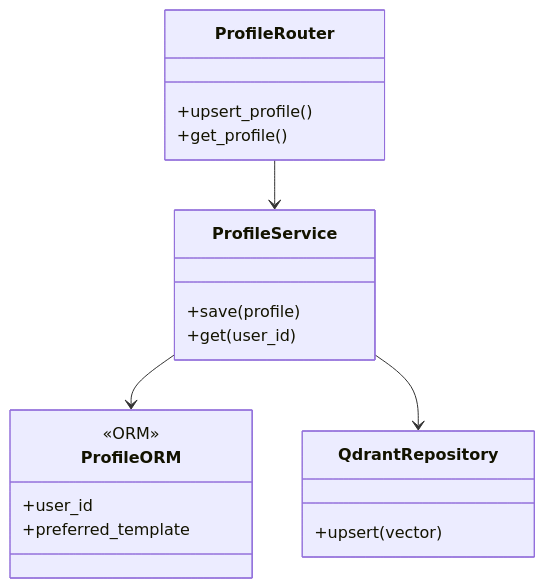
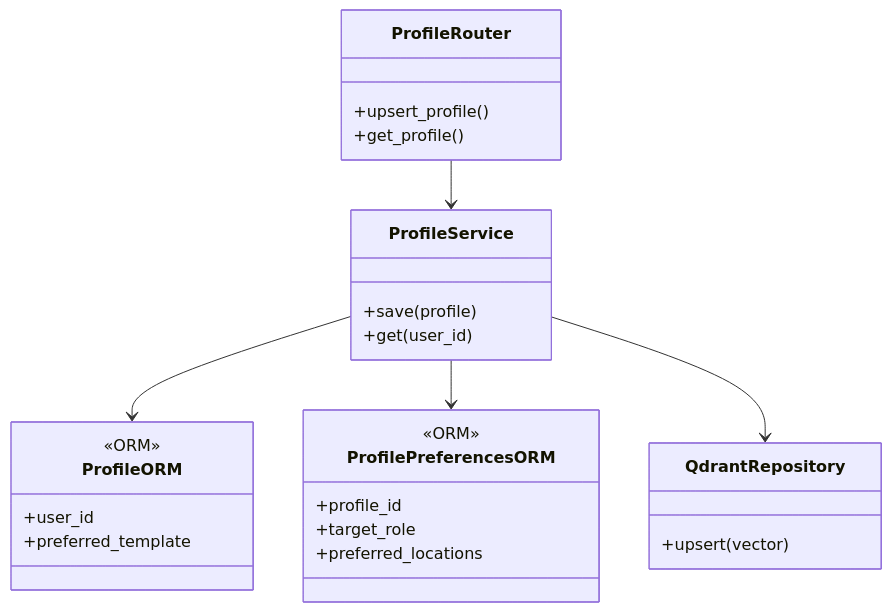
The fourth of 9 diagrams in docs/CLASS_DIAGRAM.md (Tooltu-deve/Autonomous-Career-Agent), drawn with Mermaid before and after one commit. The commit also changed other lines of this file and 3 other files, not shown here.

First line of the commit message:
feat(db): reconcile schema with CV editor/PDF spec

````diff
--- a/docs/CLASS_DIAGRAM.md
+++ b/docs/CLASS_DIAGRAM.md
@@ -109,22 +109,29 @@
 ```mermaid
 classDiagram
     class ProfileRouter {
         +upsert_profile()
         +get_profile()
     }
     class ProfileService {
         +save(profile)
         +get(user_id)
     }
     class ProfileORM {
         <<ORM>>
         +user_id
         +preferred_template
     }
+    class ProfilePreferencesORM {
+        <<ORM>>
+        +profile_id
+        +target_role
+        +preferred_locations
+    }
     class QdrantRepository {
         +upsert(vector)
     }
     ProfileRouter --> ProfileService
     ProfileService --> ProfileORM
+    ProfileService --> ProfilePreferencesORM
     ProfileService --> QdrantRepository
 ```
````
